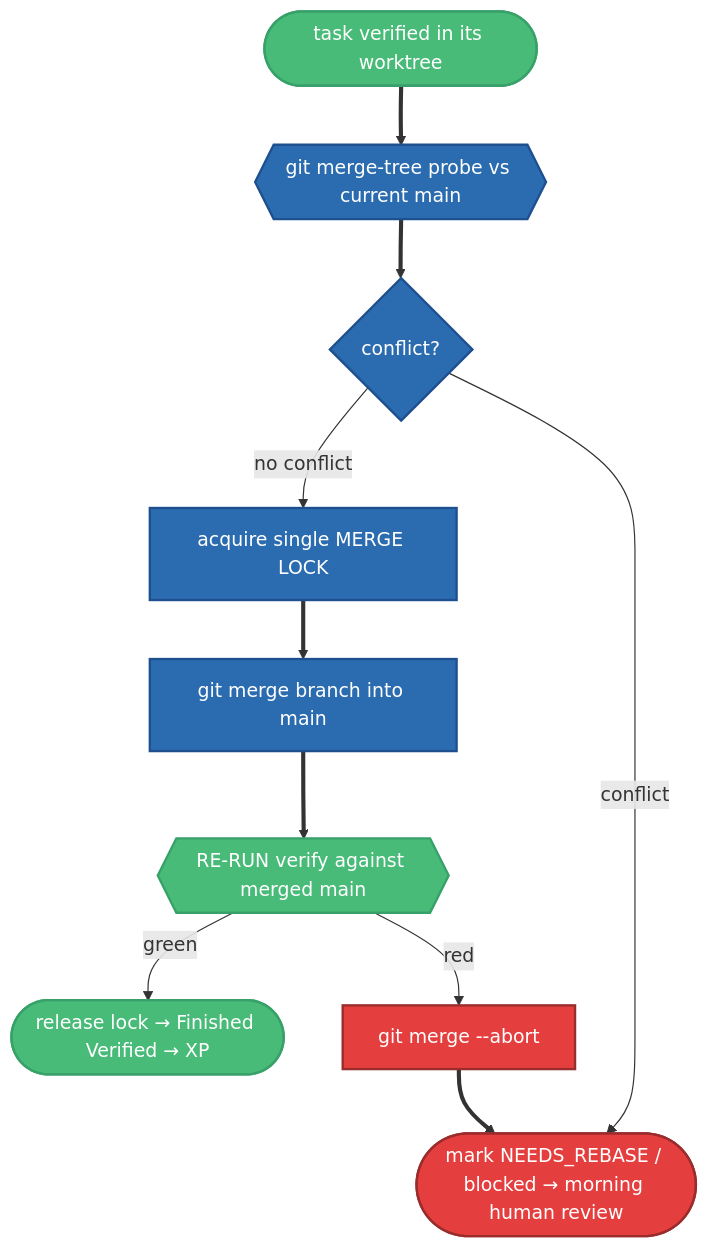
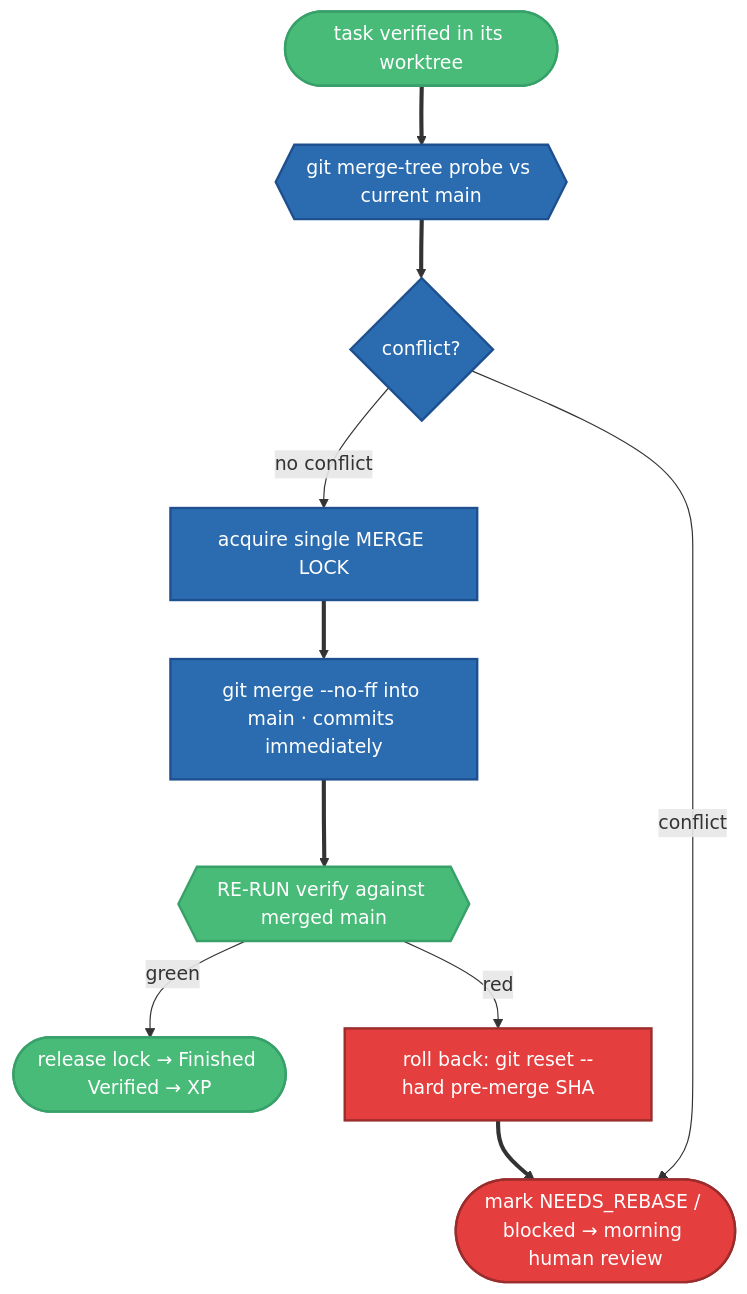
One commit to garveyhu/quiver changed the third of 3 diagrams in docs/DESIGN.md. Above: the diagram before and after it, drawn with Mermaid. The commit also changed other lines of this file, not shown here.

First line of the commit message:
docs: correct §7 merge rollback (reset --hard vs merge --abort)

````diff
--- a/docs/DESIGN.md
+++ b/docs/DESIGN.md
@@ -652,22 +652,22 @@
 ```mermaid
 graph TB
     classDef step fill:#2B6CB0,stroke:#1E5090,stroke-width:2px,color:#fff
     classDef gate fill:#48BB78,stroke:#38A169,stroke-width:2px,color:#fff
     classDef bad fill:#E53E3E,stroke:#9B2C2C,stroke-width:2px,color:#fff
 
     A([task verified in its worktree]):::gate
     B{{git merge-tree probe vs current main}}:::step
     C{conflict?}:::step
     D[acquire single MERGE LOCK]:::step
-    E[git merge branch into main]:::step
+    E[git merge --no-ff into main · commits immediately]:::step
     F{{RE-RUN verify against merged main}}:::gate
     G([release lock → Finished Verified → XP]):::gate
-    H[git merge --abort]:::bad
+    H[roll back: git reset --hard pre-merge SHA]:::bad
     I([mark NEEDS_REBASE / blocked → morning human review]):::bad
 
     A ==> B ==> C
     C -->|no conflict| D ==> E ==> F
     F -->|green| G
     F -->|red| H ==> I
     C -->|conflict| I
 ```
````
